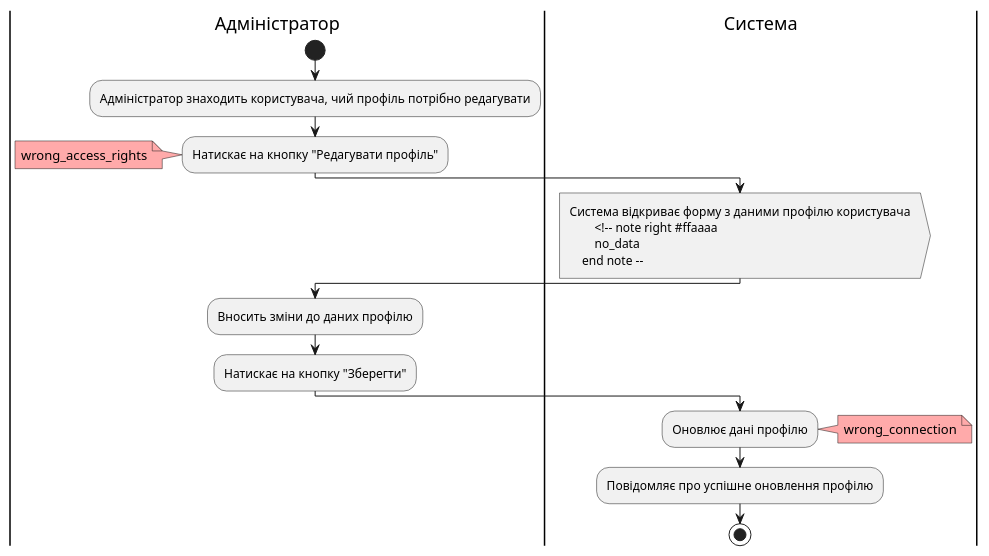
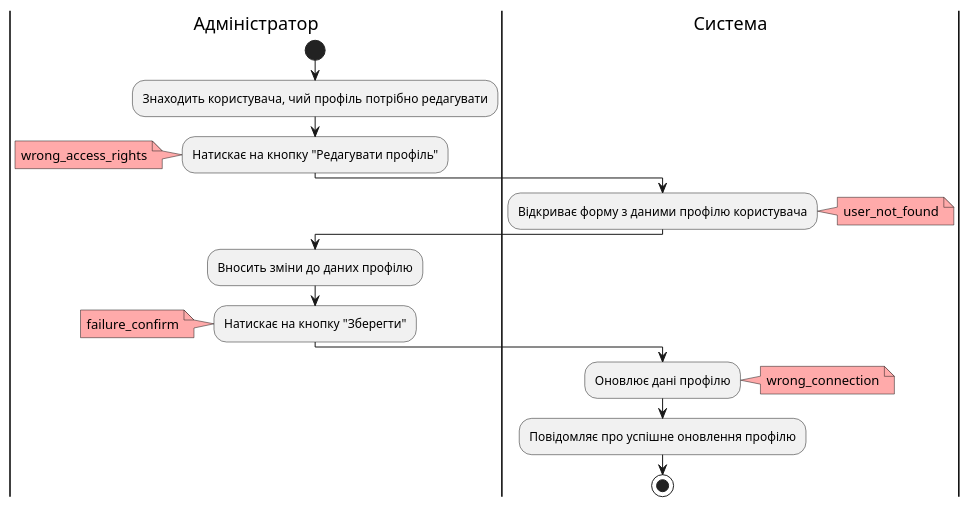
Before and after one commit to nonGratis/retarder-io-23-3: diagram 12 of 13 in docs/use cases/README.md, drawn with PlantUML. The commit also changed other lines of this file, not shown here.

Commit message:
Update use case Admin.ProfileEdit to standard

````diff
--- a/docs/use cases/README.md
+++ b/docs/use cases/README.md
@@ -446,24 +444,29 @@
+```plantuml
 @startuml
 |Адміністратор| 
     start
-    :Адміністратор знаходить користувача, чий профіль потрібно редагувати;
+    :Знаходить користувача, чий профіль потрібно редагувати;
     :Натискає на кнопку "Редагувати профіль";
-    note left #ffaaaa
-    wrong_access_rights
-end note
+        note left #ffaaaa
+            wrong_access_rights
+        end note
 |Система|
-    :Система відкриває форму з даними профілю користувача
-            <!-- note right #ffaaaa
-            no_data
-        end note -->
+    :Відкриває форму з даними профілю користувача;
+        note right #ffaaaa
+            user_not_found
+        end note
 |Адміністратор| 
     :Вносить зміни до даних профілю;
     :Натискає на кнопку "Зберегти";
+        note left #ffaaaa
+            failure_confirm
+        end note
 |Система| 
     :Оновлює дані профілю;
-            note right #ffaaaa
+        note right #ffaaaa
             wrong_connection
         end note
     :Повідомляє про успішне оновлення профілю;
     stop
 @enduml
+```
````
